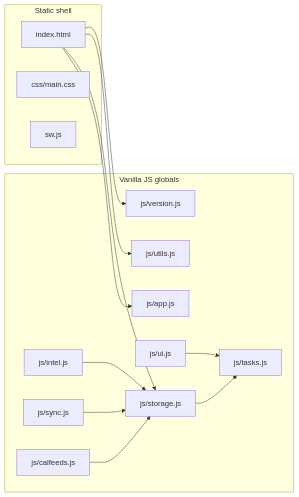
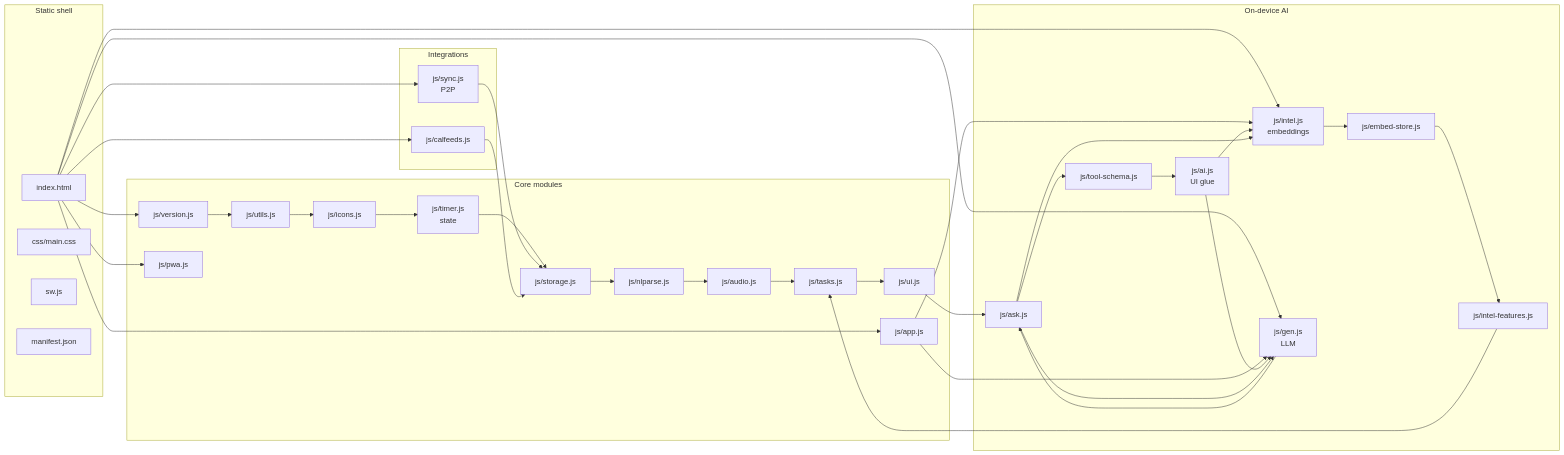
The diagram in ARCHITECTURE.md (iLevyTate/OdTauLai), drawn with Mermaid before and after one commit. The commit also changed 5 other files, not shown here.

````diff
--- a/ARCHITECTURE.md
+++ b/ARCHITECTURE.md
@@ -3,28 +3,52 @@
 ```mermaid
 flowchart LR
   subgraph shell [Static shell]
     index[index.html]
     css[css/main.css]
     sw[sw.js]
+    manifest[manifest.json]
   end
-  subgraph modules [Vanilla JS globals]
+  subgraph core [Core modules]
     version[js/version.js]
     utils[js/utils.js]
+    icons[js/icons.js]
+    timer[js/timer.js<br/>state]
     storage[js/storage.js]
     tasks[js/tasks.js]
     ui[js/ui.js]
-    intel[js/intel.js]
-    sync[js/sync.js]
+    audio[js/audio.js]
+    nlparse[js/nlparse.js]
+    app[js/app.js]
+    pwa[js/pwa.js]
+  end
+  subgraph intelligence [On-device AI]
+    intel[js/intel.js<br/>embeddings]
+    embedstore[js/embed-store.js]
+    intelFeat[js/intel-features.js]
+    gen[js/gen.js<br/>LLM]
+    ask[js/ask.js]
+    toolschema[js/tool-schema.js]
+    ai[js/ai.js<br/>UI glue]
+  end
+  subgraph integrations [Integrations]
+    sync[js/sync.js<br/>P2P]
     cal[js/calfeeds.js]
-    app[js/app.js]
   end
-  index --> version
-  index --> utils
-  index --> storage
+  index --> version --> utils --> icons --> timer --> storage --> nlparse --> audio --> tasks --> ui
+  index --> intel --> embedstore --> intelFeat
+  index --> gen --> ask --> toolschema --> ai
+  index --> sync
+  index --> cal
+  index --> pwa
   index --> app
-  storage --> tasks
-  ui --> tasks
-  intel --> storage
+  app --> intel
+  app --> gen
+  ai --> gen
+  ai --> intel
+  ui --> ask
+  ask --> intel
+  ask --> gen
+  intelFeat --> tasks
   sync --> storage
   cal --> storage
 ```
````
